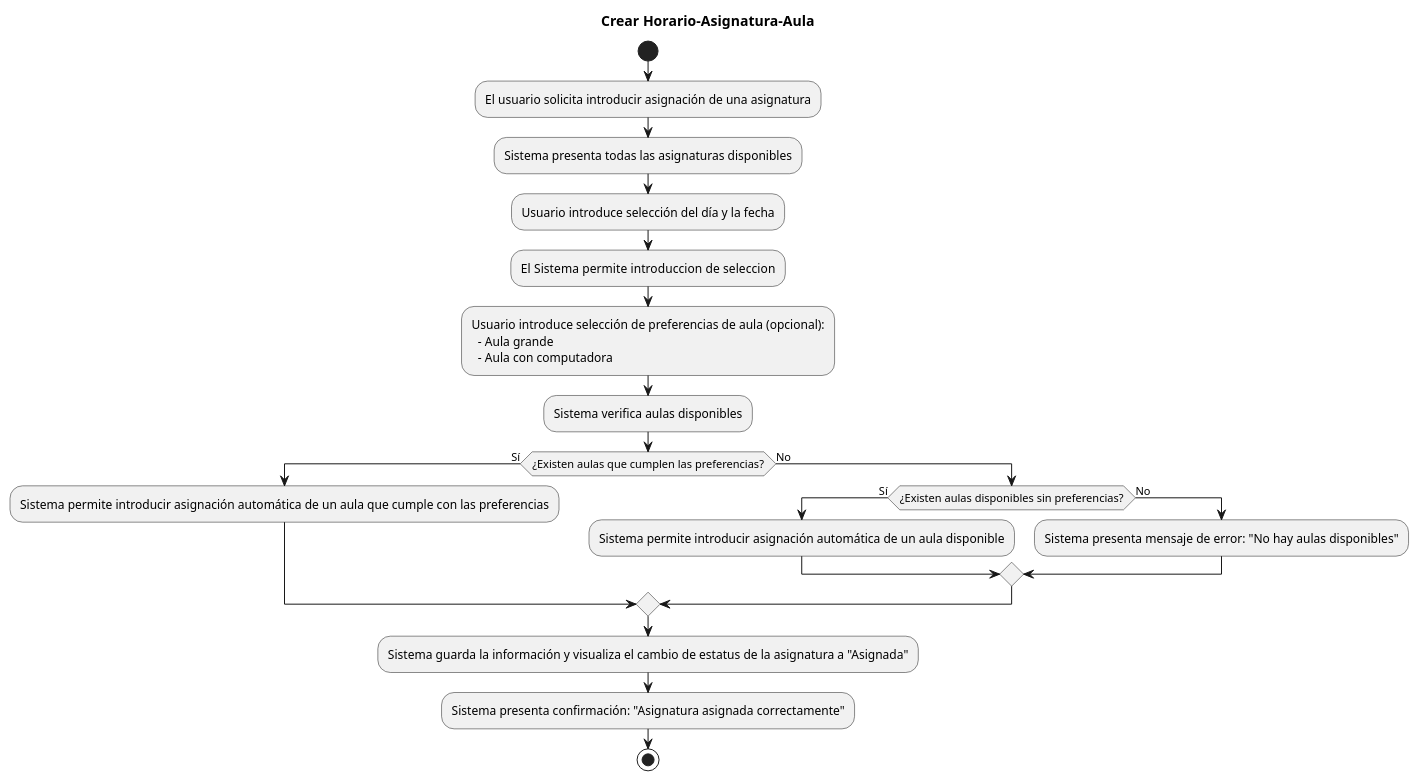
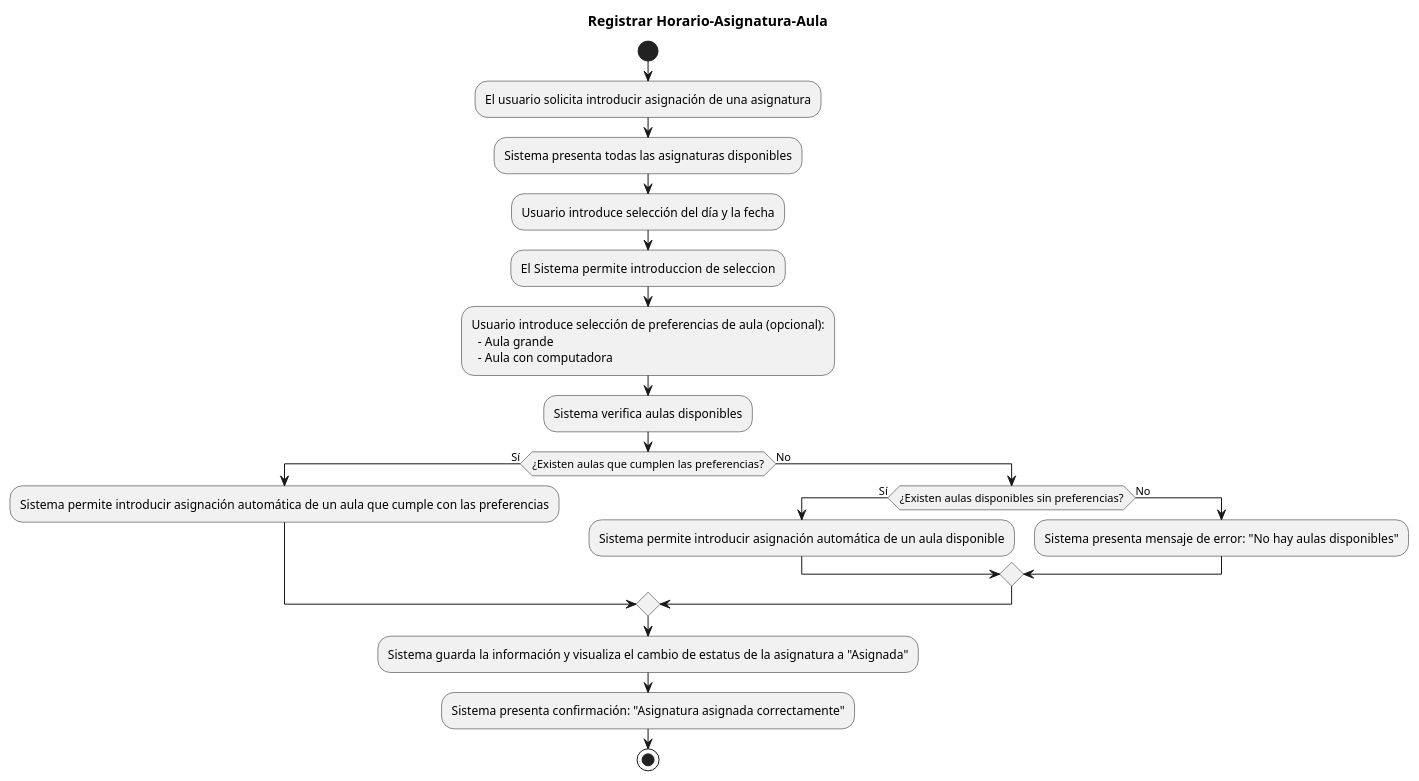
The diagram in casosDeUso/plantUML/HorarioAsignaturaAula/RegistrarHorarioAsignaturaAula.puml (mmasias/24-25-IdSw1-SDR), drawn with PlantUML before and after one commit. The commit also changed 4 other files, not shown here.

```diff
--- a/casosDeUso/plantUML/HorarioAsignaturaAula/RegistrarHorarioAsignaturaAula.puml
+++ b/casosDeUso/plantUML/HorarioAsignaturaAula/RegistrarHorarioAsignaturaAula.puml
@@ -1,26 +1,26 @@
 @startuml
 
-title Crear Horario-Asignatura-Aula
+title Registrar Horario-Asignatura-Aula
 
 start
 :El usuario solicita introducir asignación de una asignatura;
 :Sistema presenta todas las asignaturas disponibles;
 :Usuario introduce selección del día y la fecha;
 :El Sistema permite introduccion  de seleccion;
 :Usuario introduce selección de preferencias de aula (opcional): 
   - Aula grande 
   - Aula con computadora;
 :Sistema verifica aulas disponibles;
 if (¿Existen aulas que cumplen las preferencias?) then (Sí)
   :Sistema permite introducir asignación automática de un aula que cumple con las preferencias;
 else (No)
   if (¿Existen aulas disponibles sin preferencias?) then (Sí)
     :Sistema permite introducir asignación automática de un aula disponible;
   else (No)
     :Sistema presenta mensaje de error: "No hay aulas disponibles";
   endif
 endif
 :Sistema guarda la información y visualiza el cambio de estatus de la asignatura a "Asignada";
 :Sistema presenta confirmación: "Asignatura asignada correctamente";
 stop
 @enduml
```
